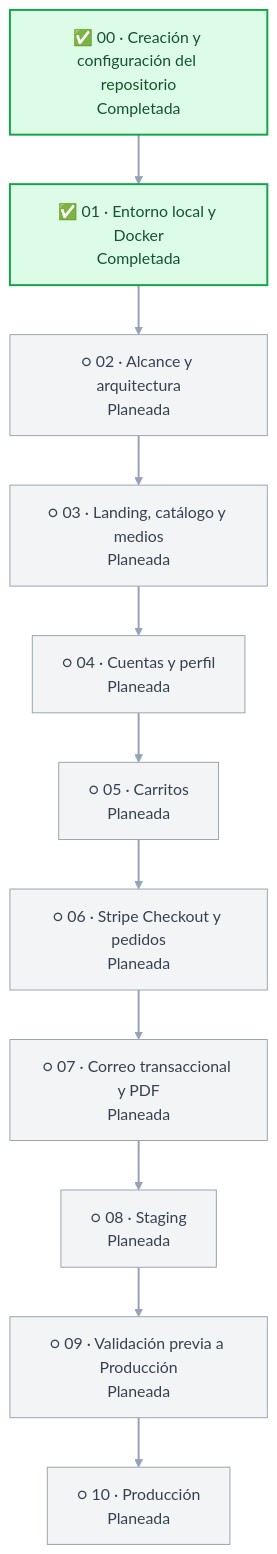
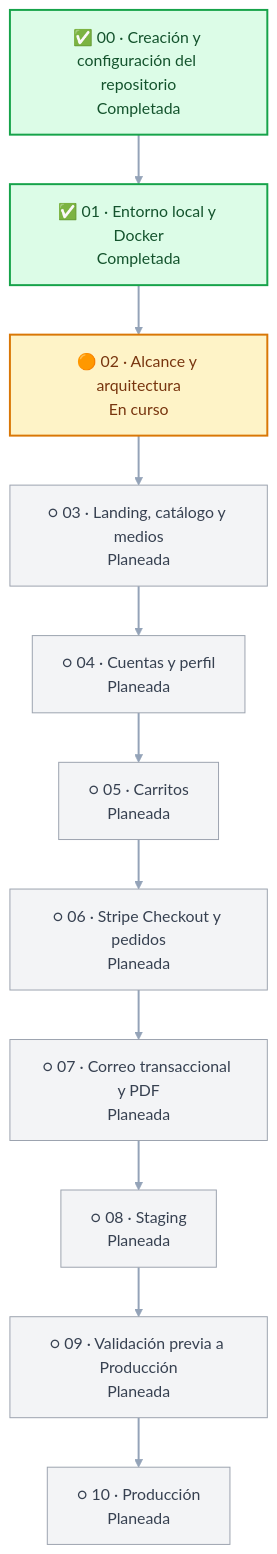
The diagram in docs/ROADMAP.md (sadamlg/sr_del_mictlan), drawn with Mermaid before and after one commit. The commit also changed other lines of this file and 4 other files, not shown here.

Commit message:
docs: define phase 02 scope and architecture

````diff
--- a/docs/ROADMAP.md
+++ b/docs/ROADMAP.md
@@ -23,22 +23,23 @@
 ```mermaid
 flowchart TB
     p00["✅ 00 · Creación y configuración del repositorio<br/>Completada"] --> p01
-    p01["✅ 01 · Entorno local y Docker<br/>Completada"] --> p02["○ 02 · Alcance y arquitectura<br/>Planeada"]
+    p01["✅ 01 · Entorno local y Docker<br/>Completada"] --> p02["🟠 02 · Alcance y arquitectura<br/>En curso"]
     p02 --> p03["○ 03 · Landing, catálogo y medios<br/>Planeada"]
     p03 --> p04["○ 04 · Cuentas y perfil<br/>Planeada"]
     p04 --> p05["○ 05 · Carritos<br/>Planeada"]
     p05 --> p06["○ 06 · Stripe Checkout y pedidos<br/>Planeada"]
     p06 --> p07["○ 07 · Correo transaccional y PDF<br/>Planeada"]
     p07 --> p08["○ 08 · Staging<br/>Planeada"]
     p08 --> p09["○ 09 · Validación previa a Producción<br/>Planeada"]
     p09 --> p10["○ 10 · Producción<br/>Planeada"]
 
     classDef completed fill:#dcfce7,stroke:#16a34a,color:#14532d,stroke-width:2px;
     classDef active fill:#fef3c7,stroke:#d97706,color:#78350f,stroke-width:2px;
     classDef planned fill:#f3f4f6,stroke:#9ca3af,color:#374151;
 
     class p00,p01 completed;
-    class p02,p03,p04,p05,p06,p07,p08,p09,p10 planned;
+    class p02 active;
+    class p03,p04,p05,p06,p07,p08,p09,p10 planned;
 
     linkStyle default stroke:#94a3b8,stroke-width:2px;
 ```
````
